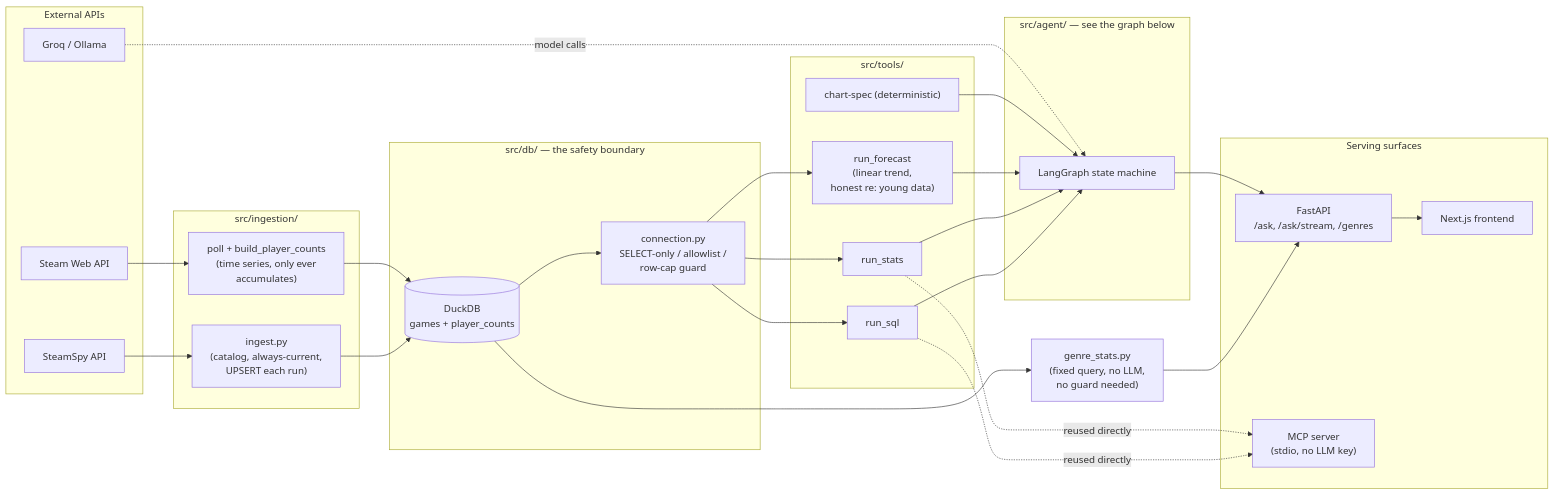
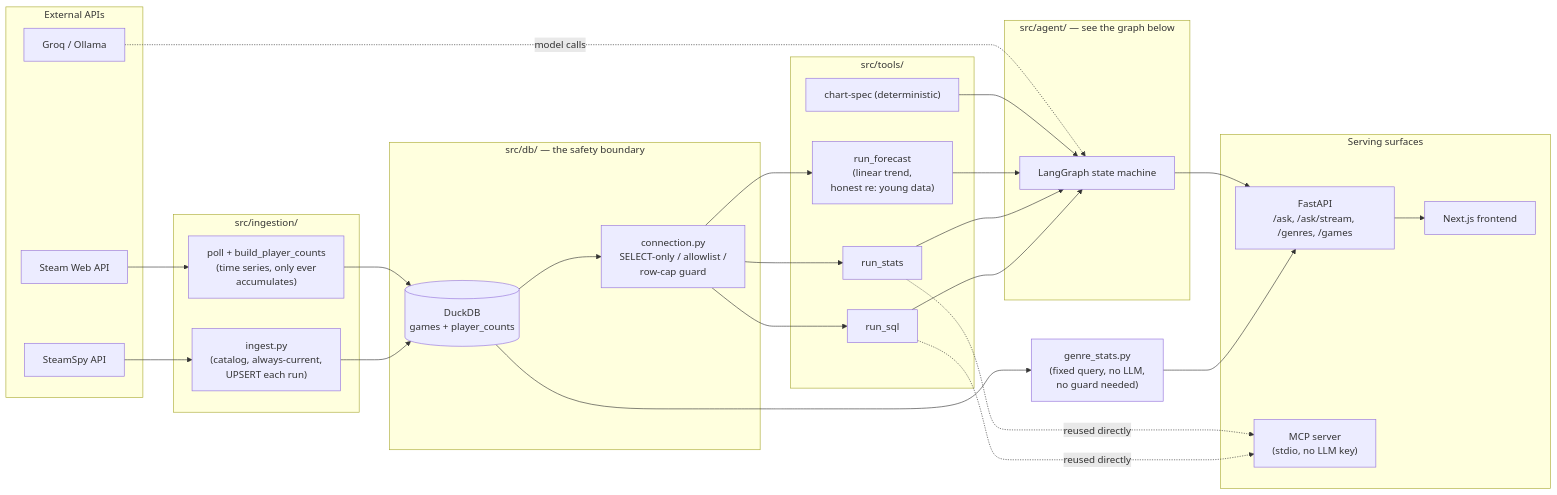
One commit to stefhooy/full_stack_project changed the first of 5 diagrams in ARCHITECTURE.md. Above: the diagram before and after it, drawn with Mermaid. The commit also changed 14 other files, not shown here.

````diff
--- a/ARCHITECTURE.md
+++ b/ARCHITECTURE.md
@@ -24,48 +24,48 @@
 ```mermaid
 flowchart LR
     subgraph ext["External APIs"]
         steamspy["SteamSpy API"]
         steamweb["Steam Web API"]
         llm["Groq / Ollama"]
     end
 
     subgraph ingest["src/ingestion/"]
         ingestpy["ingest.py<br/>(catalog, always-current,<br/>UPSERT each run)"]
         pollpy["poll + build_player_counts<br/>(time series, only ever<br/>accumulates)"]
     end
 
     subgraph db["src/db/ — the safety boundary"]
         duckdb[("DuckDB<br/>games + player_counts")]
         connpy["connection.py<br/>SELECT-only / allowlist /<br/>row-cap guard"]
     end
 
     subgraph reasoning["src/agent/ — see the graph below"]
         lgraph["LangGraph state machine"]
     end
 
     subgraph tools["src/tools/"]
         sqltool["run_sql"]
         statstool["run_stats"]
         forecasttool["run_forecast<br/>(linear trend,<br/>honest re: young data)"]
         viztool["chart-spec (deterministic)"]
     end
 
     subgraph surfaces["Serving surfaces"]
-        api["FastAPI<br/>/ask, /ask/stream, /genres"]
+        api["FastAPI<br/>/ask, /ask/stream, /genres, /games"]
         mcpsrv["MCP server<br/>(stdio, no LLM key)"]
         webui["Next.js frontend"]
     end
 
     genrestats["genre_stats.py<br/>(fixed query, no LLM,<br/>no guard needed)"]
 
     steamspy --> ingestpy --> duckdb
     steamweb --> pollpy --> duckdb
     duckdb --> connpy
     duckdb --> genrestats --> api
     connpy --> sqltool & statstool & forecasttool
     sqltool & statstool & forecasttool --> lgraph
     viztool --> lgraph
     llm -.model calls.-> lgraph
     lgraph --> api --> webui
     sqltool & statstool -. reused directly .-> mcpsrv
 ```
````
